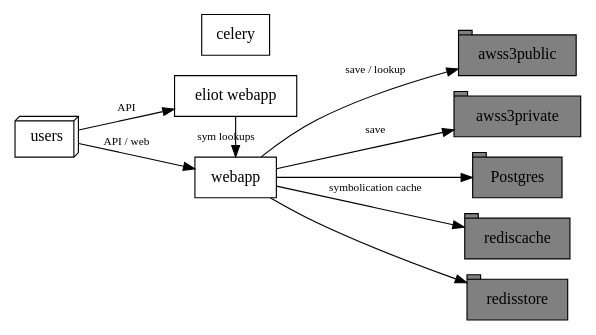
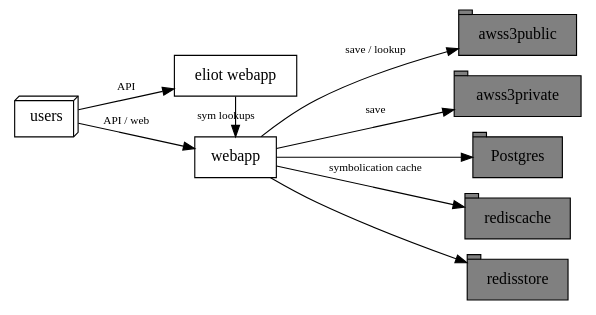
Before and after one commit to mozilla-services/tecken: the diagram in docs/diagrams/arch.gv, drawn with Graphviz. The commit also changed 26 other files, not shown here.

```diff
--- a/docs/diagrams/arch.gv
+++ b/docs/diagrams/arch.gv
@@ -1,48 +1,47 @@
 /*
   Tecken architecture diagram.
 
   Uses "dot" from graphviz suite to compile.
 
   After editing this, run from the parent directory:
 
       make graphviz
 
   to update images in ../images/.
 */
 digraph G {
   size="6,8";
   rankdir=LR;
   splines=lines;
 
   subgraph apps {
     rank=same;
 
     webapp [shape=rect, label="webapp"];
     eliotwebapp [shape=rect, label="eliot webapp"];
-    celeryworker [shape=rect, label="celery"];
   }
 
   subgraph stores {
     rank=sink;
 
     awss3public [shape=tab, labe="AWS S3 (public)", style=filled, fillcolor=gray];
     awss3private [shape=tab, labe="AWS S3 (private)", style=filled, fillcolor=gray];
     postgres [shape=tab, label="Postgres", style=filled, fillcolor=gray];
     rediscache [shape=tab, labe="Redis (cache)", style=filled, fillcolor=gray];
     redisstore [shape=tab, labe="Redis (store)", style=filled, fillcolor=gray];
   }
 
   webapp -> postgres;
   webapp -> rediscache [label="symbolication cache", fontsize=10];
   webapp -> redisstore;
   webapp -> awss3public [label="save / lookup", fontsize=10];
   webapp -> awss3private [label="save", fontsize=10];
 
   eliotwebapp -> webapp [label="sym lookups", weight=4, fontsize=10];
 
   client [shape=box3d, label="users"];
   client -> webapp [label="API / web", fontsize=10];
   client -> eliotwebapp [label="API", fontsize=10];
 
   { rank=source; client; }
 }
```
